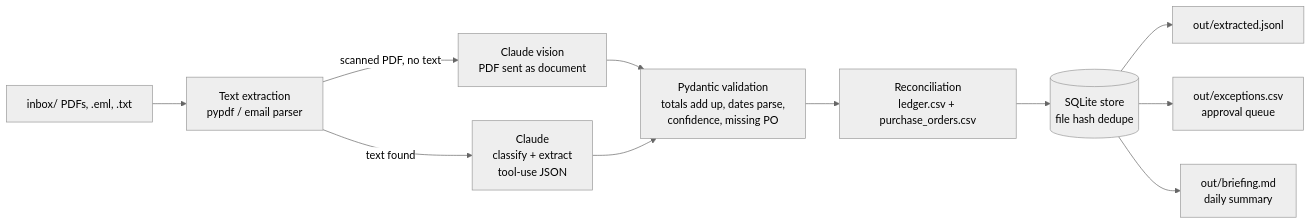
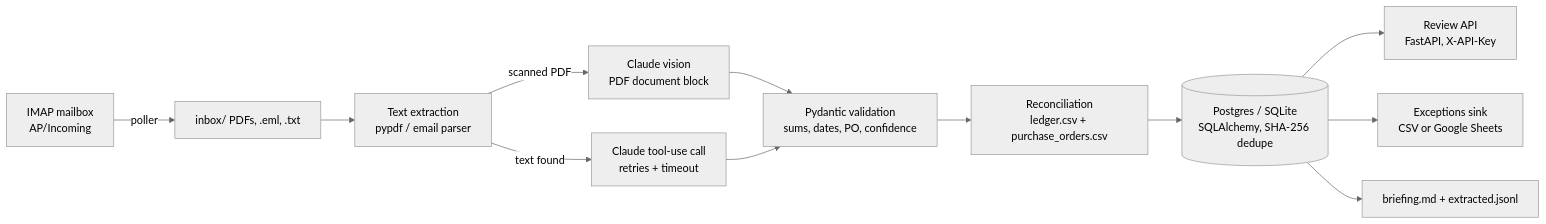
One commit to Gravityglitch/doc-extract-pipeline changed the diagram in README.md. Above: the diagram before and after it, drawn with Mermaid (neutral theme). The commit also changed other lines of this file and 39 other files, not shown here.

First line of the commit message:
Production build: Postgres persistence, IMAP ingestion, review API, ops

````diff
--- a/README.md
+++ b/README.md
@@ -13,13 +14,14 @@
 ```mermaid
 flowchart LR
+    M[IMAP mailbox<br/>AP/Incoming] -->|poller| A
     A[inbox/ PDFs, .eml, .txt] --> B[Text extraction<br/>pypdf / email parser]
-    B -->|text found| C[Claude<br/>classify + extract<br/>tool-use JSON]
-    B -->|scanned PDF, no text| C2[Claude vision<br/>PDF sent as document]
+    B -->|text found| C[Claude tool-use call<br/>retries + timeout]
+    B -->|scanned PDF| C2[Claude vision<br/>PDF document block]
     C2 --> D
-    C --> D[Pydantic validation<br/>totals add up, dates parse,<br/>confidence, missing PO]
+    C --> D[Pydantic validation<br/>sums, dates, PO, confidence]
     D --> E[Reconciliation<br/>ledger.csv + purchase_orders.csv]
-    E --> F[(SQLite store<br/>file hash dedupe)]
-    F --> G[out/extracted.jsonl]
-    F --> H[out/exceptions.csv<br/>approval queue]
-    F --> I[out/briefing.md<br/>daily summary]
+    E --> F[(Postgres / SQLite<br/>SQLAlchemy, SHA-256 dedupe)]
+    F --> G[Review API<br/>FastAPI, X-API-Key]
+    F --> H[Exceptions sink<br/>CSV or Google Sheets]
+    F --> I[briefing.md + extracted.jsonl]
 ```
````
